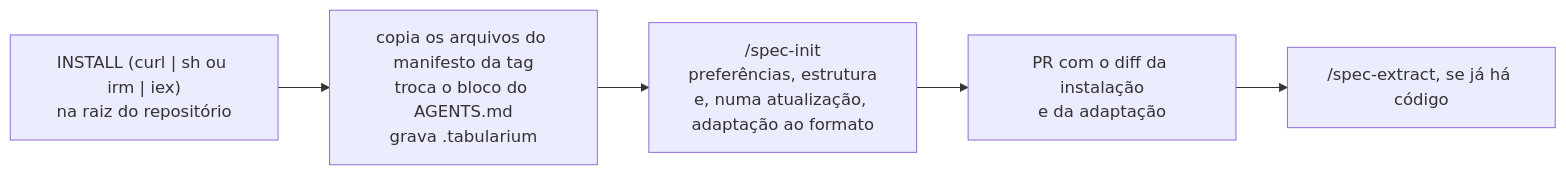
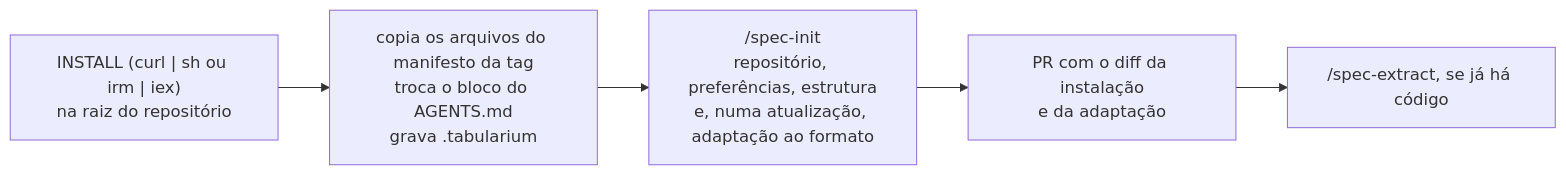
One commit to useful-toys/Tabularium changed the first of 4 diagrams in tabularium-docs/spec-flow.md. Above: the diagram before and after it, drawn with Mermaid. The commit also changed other lines of this file and 23 other files, not shown here.

````diff
--- a/tabularium-docs/spec-flow.md
+++ b/tabularium-docs/spec-flow.md
@@ -117,7 +117,7 @@
 ```mermaid
 flowchart LR
   I["INSTALL (curl | sh ou irm | iex)<br/>na raiz do repositório"] --> C["copia os arquivos do manifesto da tag<br/>troca o bloco do AGENTS.md<br/>grava .tabularium"]
-  C --> S["/spec-init<br/>preferências, estrutura<br/>e, numa atualização, adaptação ao formato"]
+  C --> S["/spec-init<br/>repositório, preferências, estrutura<br/>e, numa atualização, adaptação ao formato"]
   S --> P["PR com o diff da instalação<br/>e da adaptação"]
   P --> E["/spec-extract, se já há código"]
 ```
````
